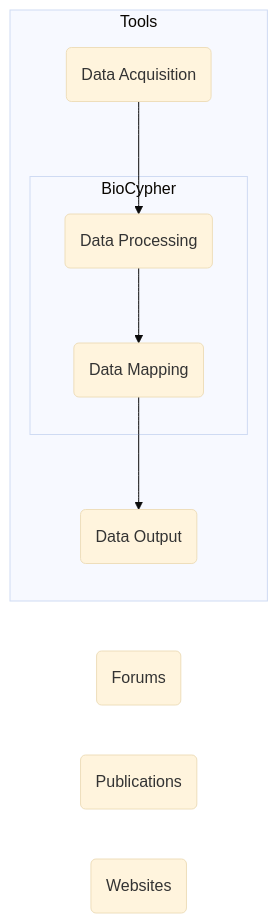
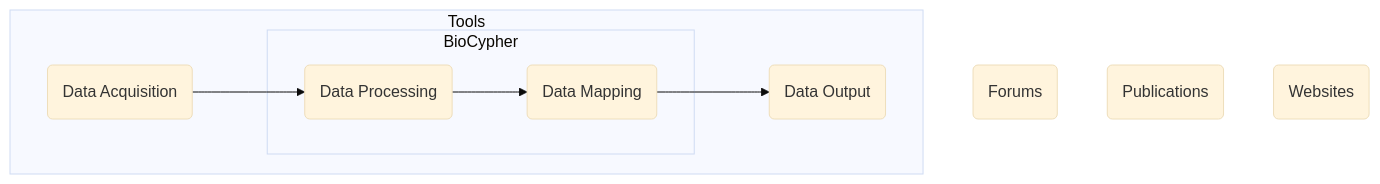
Before and after one commit to HealthECCO/community-resources: the second of 2 diagrams in README.md, drawn with Mermaid (base theme). The commit also changed other lines of this file, not shown here.

````diff
--- a/README.md
+++ b/README.md
@@ -12,16 +12,18 @@
 ```mermaid
-  flowchart LR; 
+  flowchart TD; 
       F(Forums);
       P(Publications);
       W(Websites);
   click F "/HealthECCO/community-resources/blob/main/forums.md"
   click P "/HealthECCO/community-resources/blob/main/publications.md"
     subgraph Tools
+      direction LR;
       DA(Data Acquisition)-->DP(Data Processing);
         subgraph BioCypher
+            
             DP-->DM(Data Mapping);
           end
       DM-->DO(Data Output);
      end
-    click DA "https://www.github.com"
+    click DA "#Data Acquisition"
 ```
````
